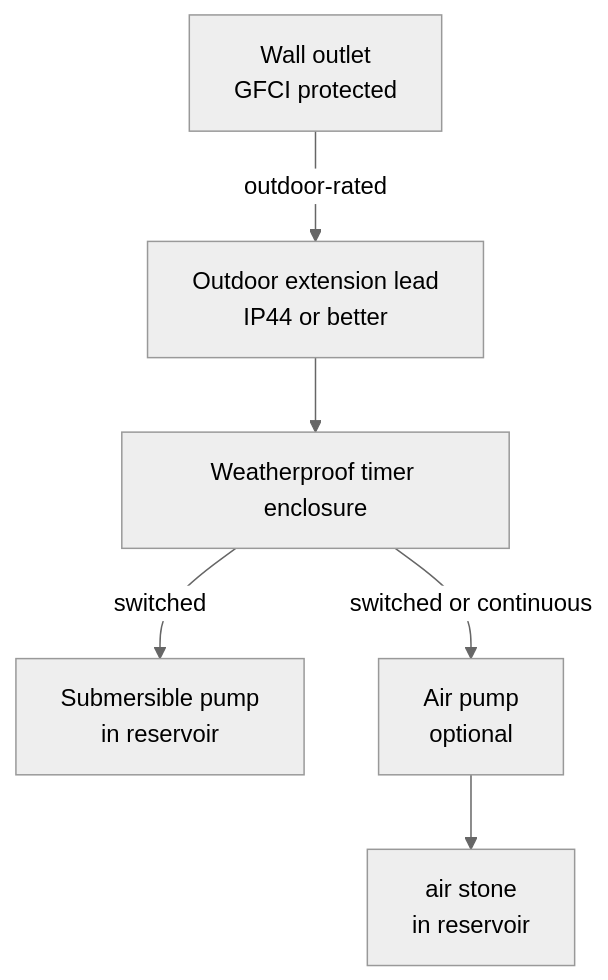
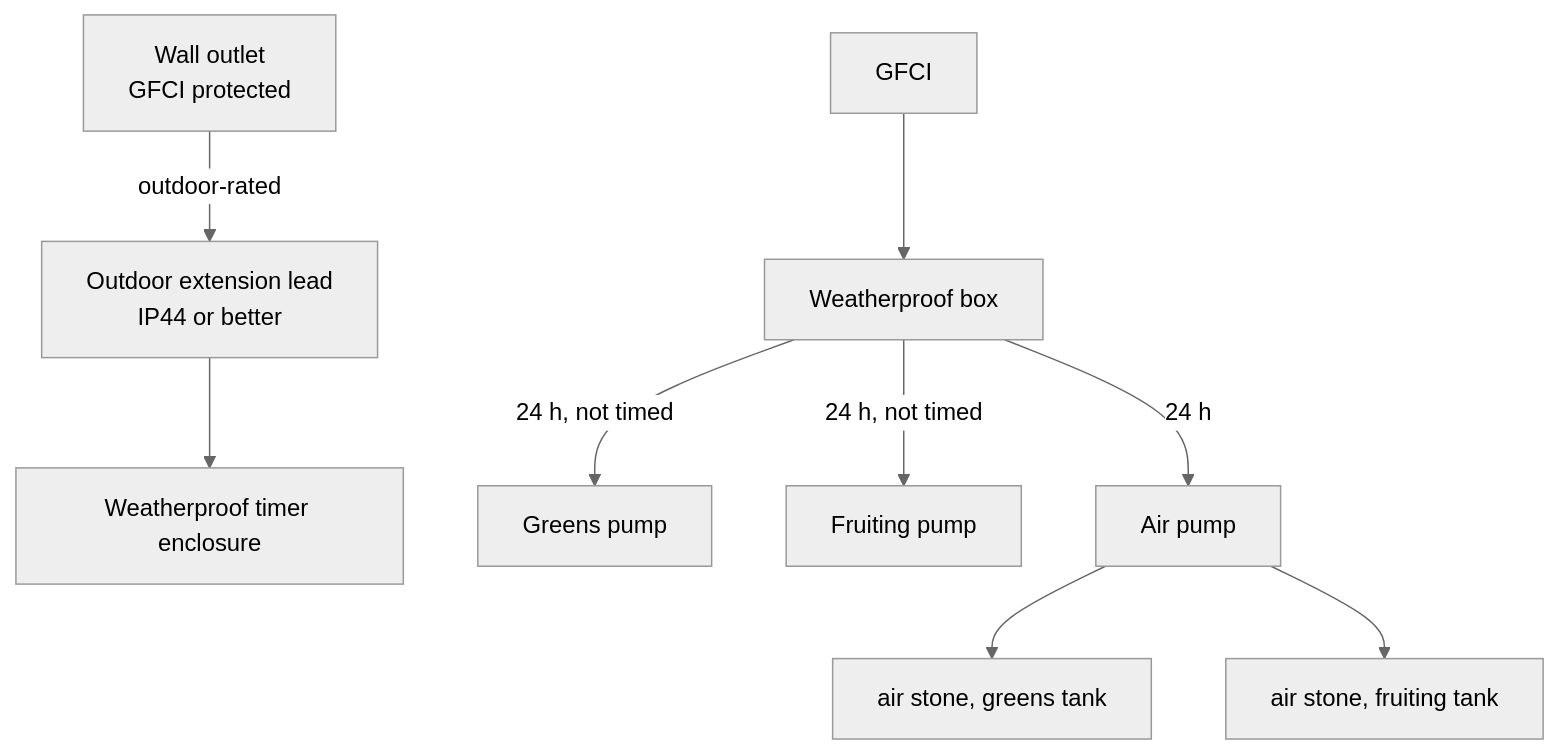
Diagram 14 of 17 in guide/nft/11-build-guide.md (UncleJS/guide_hydroponics), drawn with Mermaid (neutral theme) before and after one commit. The commit also changed other lines of this file and 35 other files, not shown here.

````diff
--- a/guide/nft/11-build-guide.md
+++ b/guide/nft/11-build-guide.md
@@ -653,9 +660,12 @@
 ```mermaid
 flowchart TD
     WALL["Wall outlet<br/>GFCI protected"]
     WALL -->|"outdoor-rated"| EXT["Outdoor extension lead<br/>IP44 or better"]
     EXT --> TIMER["Weatherproof timer enclosure"]
-    TIMER -->|"switched"| PUMP["Submersible pump<br/>in reservoir"]
-    TIMER -->|"switched or continuous"| AIR["Air pump<br/>optional"]
-    AIR --> STONE["air stone<br/>in reservoir"]
+    GFCI --> BOX["Weatherproof box"]
+    BOX -->|"24 h, not timed"| GP["Greens pump"]
+    BOX -->|"24 h, not timed"| FP["Fruiting pump"]
+    BOX -->|"24 h"| AIR["Air pump"]
+    AIR --> S1["air stone, greens tank"]
+    AIR --> S2["air stone, fruiting tank"]
 ```
````
